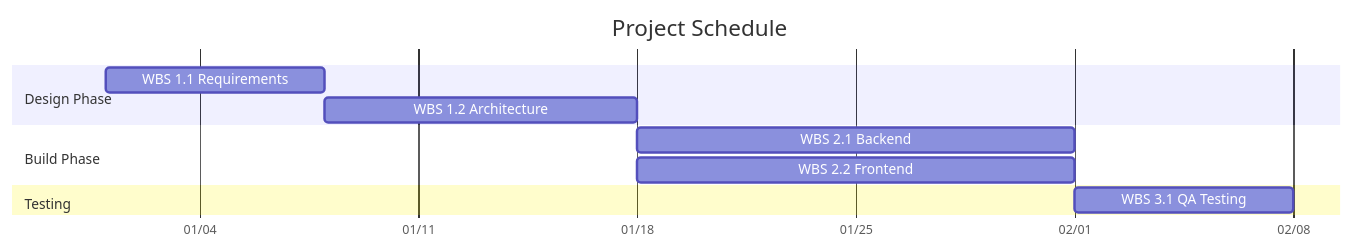
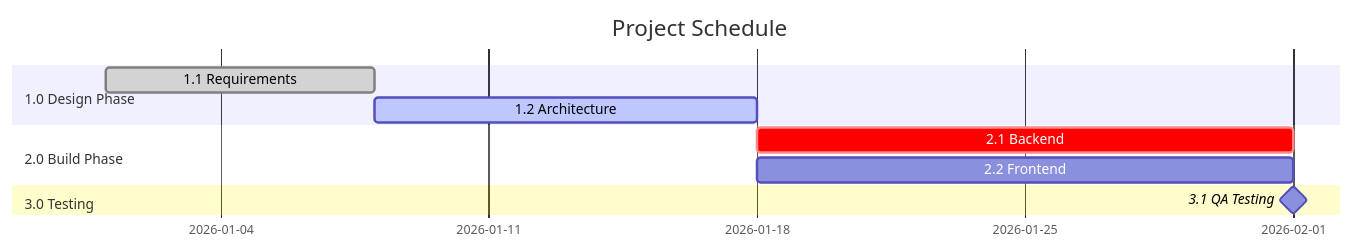
The diagram in forms/04_Planning/03_Schedule/08_Project_Schedule/04_03_08_Project_Schedule_Template.md (fakhruldeen/Tasleemat), drawn with Mermaid before and after one commit. The commit also changed other lines of this file and 4 other files, not shown here.

Commit message:
feat(forms): enhance Gantt to MS Project style and restore tabular data blocks to Network Diagram and Project Schedule Markdown templates

````diff
--- a/forms/04_Planning/03_Schedule/08_Project_Schedule/04_03_08_Project_Schedule_Template.md
+++ b/forms/04_Planning/03_Schedule/08_Project_Schedule/04_03_08_Project_Schedule_Template.md
@@ -12,18 +12,20 @@
 ```mermaid
 gantt
     title Project Schedule
     dateFormat  YYYY-MM-DD
-    axisFormat  %m/%d
+    axisFormat  %Y-%m-%d
+    tickInterval 1week
     
+    %% MS Project Style Grouping & Dependencies
     %% [ Add your project schedule activities here. Below is an example: ]
-    section Design Phase
-    WBS 1.1 Requirements    :a1, 2026-01-01, 7d
-    WBS 1.2 Architecture    :a2, after a1, 10d
+    section 1.0 Design Phase
+    1.1 Requirements    :done, req, 2026-01-01, 7d
+    1.2 Architecture    :active, arch, after req, 10d
     
-    section Build Phase
-    WBS 2.1 Backend         :b1, after a2, 14d
-    WBS 2.2 Frontend        :b2, after a2, 14d
+    section 2.0 Build Phase
+    2.1 Backend         :crit, back, after arch, 14d
+    2.2 Frontend        :front, after arch, 14d
     
-    section Testing
-    WBS 3.1 QA Testing      :c1, after b1 b2, 7d
+    section 3.0 Testing
+    3.1 QA Testing      :milestone, qa, after back front, 0d
 ```
````
